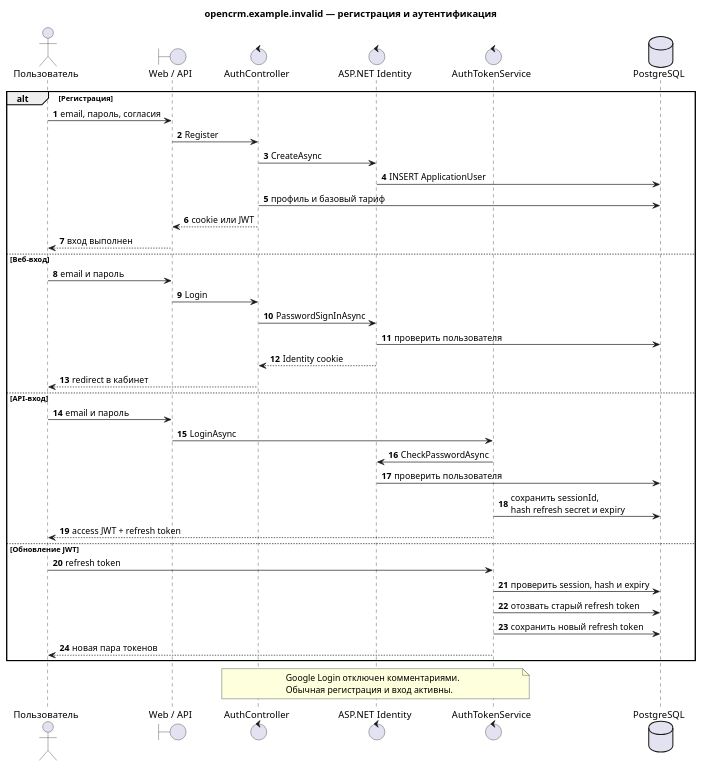
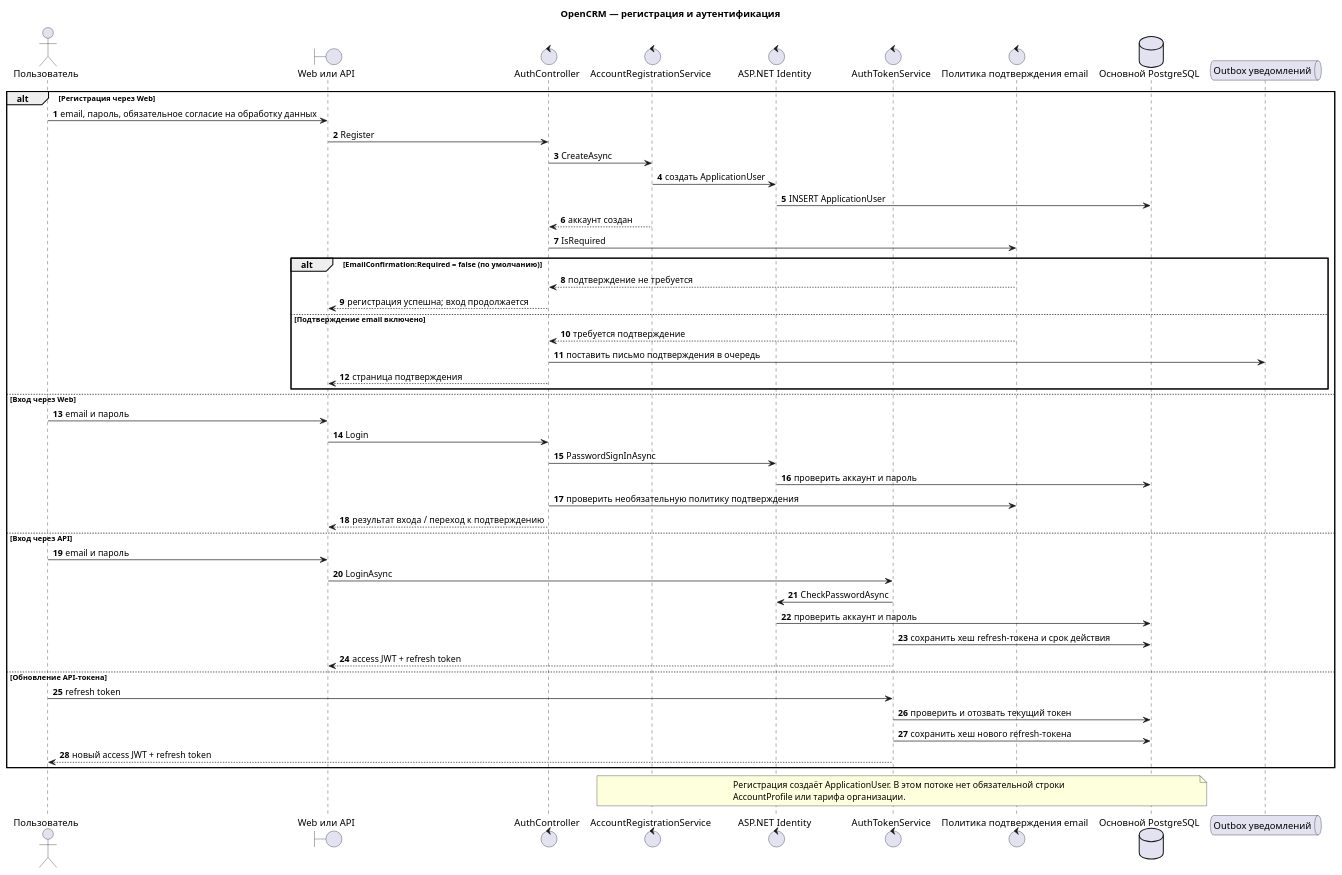
Before and after one commit to eddchervov/OpenCRM: the diagram in docs/uml/authentication-sequence.ru.puml, drawn with PlantUML. The commit also changed 61 other files, not shown here.

Commit message:
Align bilingual guides and diagrams with the CRM core

```diff
--- a/docs/uml/authentication-sequence.ru.puml
+++ b/docs/uml/authentication-sequence.ru.puml
@@ -1,47 +1,57 @@
 @startuml authentication_sequence
-title opencrm.example.invalid — регистрация и аутентификация
+title OpenCRM — регистрация и аутентификация
 
 autonumber
 actor "Пользователь" as User
-boundary "Web / API" as UI
-control "AuthController" as Controller
+boundary "Web или API" as Client
+control "AuthController" as WebAuth
+control "AccountRegistrationService" as Registration
 control "ASP.NET Identity" as Identity
 control "AuthTokenService" as Tokens
-database "PostgreSQL" as Db
+control "Политика подтверждения email" as EmailPolicy
+database "Основной PostgreSQL" as Db
+queue "Outbox уведомлений" as Mail
 
-alt Регистрация
-  User -> UI : email, пароль, согласия
-  UI -> Controller : Register
-  Controller -> Identity : CreateAsync
+alt Регистрация через Web
+  User -> Client : email, пароль, обязательное согласие на обработку данных
+  Client -> WebAuth : Register
+  WebAuth -> Registration : CreateAsync
+  Registration -> Identity : создать ApplicationUser
   Identity -> Db : INSERT ApplicationUser
-  Controller -> Db : профиль и базовый тариф
-  Controller --> UI : cookie или JWT
-  UI --> User : вход выполнен
-else Веб-вход
-  User -> UI : email и пароль
-  UI -> Controller : Login
-  Controller -> Identity : PasswordSignInAsync
-  Identity -> Db : проверить пользователя
-  Identity --> Controller : Identity cookie
-  Controller --> User : redirect в кабинет
-else API-вход
-  User -> UI : email и пароль
-  UI -> Tokens : LoginAsync
+  Registration --> WebAuth : аккаунт создан
+  WebAuth -> EmailPolicy : IsRequired
+  alt EmailConfirmation:Required = false (по умолчанию)
+    EmailPolicy --> WebAuth : подтверждение не требуется
+    WebAuth --> Client : регистрация успешна; вход продолжается
+  else Подтверждение email включено
+    EmailPolicy --> WebAuth : требуется подтверждение
+    WebAuth -> Mail : поставить письмо подтверждения в очередь
+    WebAuth --> Client : страница подтверждения
+  end
+else Вход через Web
+  User -> Client : email и пароль
+  Client -> WebAuth : Login
+  WebAuth -> Identity : PasswordSignInAsync
+  Identity -> Db : проверить аккаунт и пароль
+  WebAuth -> EmailPolicy : проверить необязательную политику подтверждения
+  WebAuth --> Client : результат входа / переход к подтверждению
+else Вход через API
+  User -> Client : email и пароль
+  Client -> Tokens : LoginAsync
   Tokens -> Identity : CheckPasswordAsync
-  Identity -> Db : проверить пользователя
-  Tokens -> Db : сохранить sessionId,\nhash refresh secret и expiry
-  Tokens --> User : access JWT + refresh token
-else Обновление JWT
+  Identity -> Db : проверить аккаунт и пароль
+  Tokens -> Db : сохранить хеш refresh-токена и срок действия
+  Tokens --> Client : access JWT + refresh token
+else Обновление API-токена
   User -> Tokens : refresh token
-  Tokens -> Db : проверить session, hash и expiry
-  Tokens -> Db : отозвать старый refresh token
-  Tokens -> Db : сохранить новый refresh token
-  Tokens --> User : новая пара токенов
+  Tokens -> Db : проверить и отозвать текущий токен
+  Tokens -> Db : сохранить хеш нового refresh-токена
+  Tokens --> User : новый access JWT + refresh token
 end
 
-note over Controller,Tokens
-  Google Login отключен комментариями.
-  Обычная регистрация и вход активны.
+note over Registration,Db
+  Регистрация создаёт ApplicationUser. В этом потоке нет обязательной строки
+  AccountProfile или тарифа организации.
 end note
 
 @enduml
```
